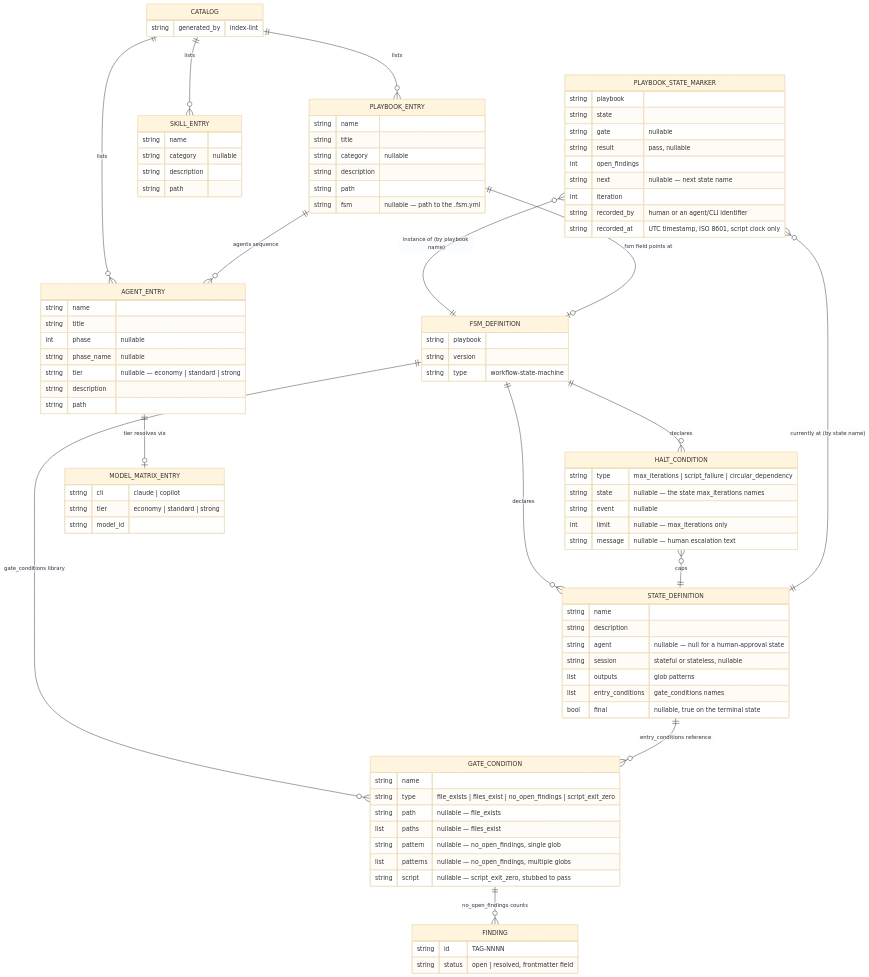
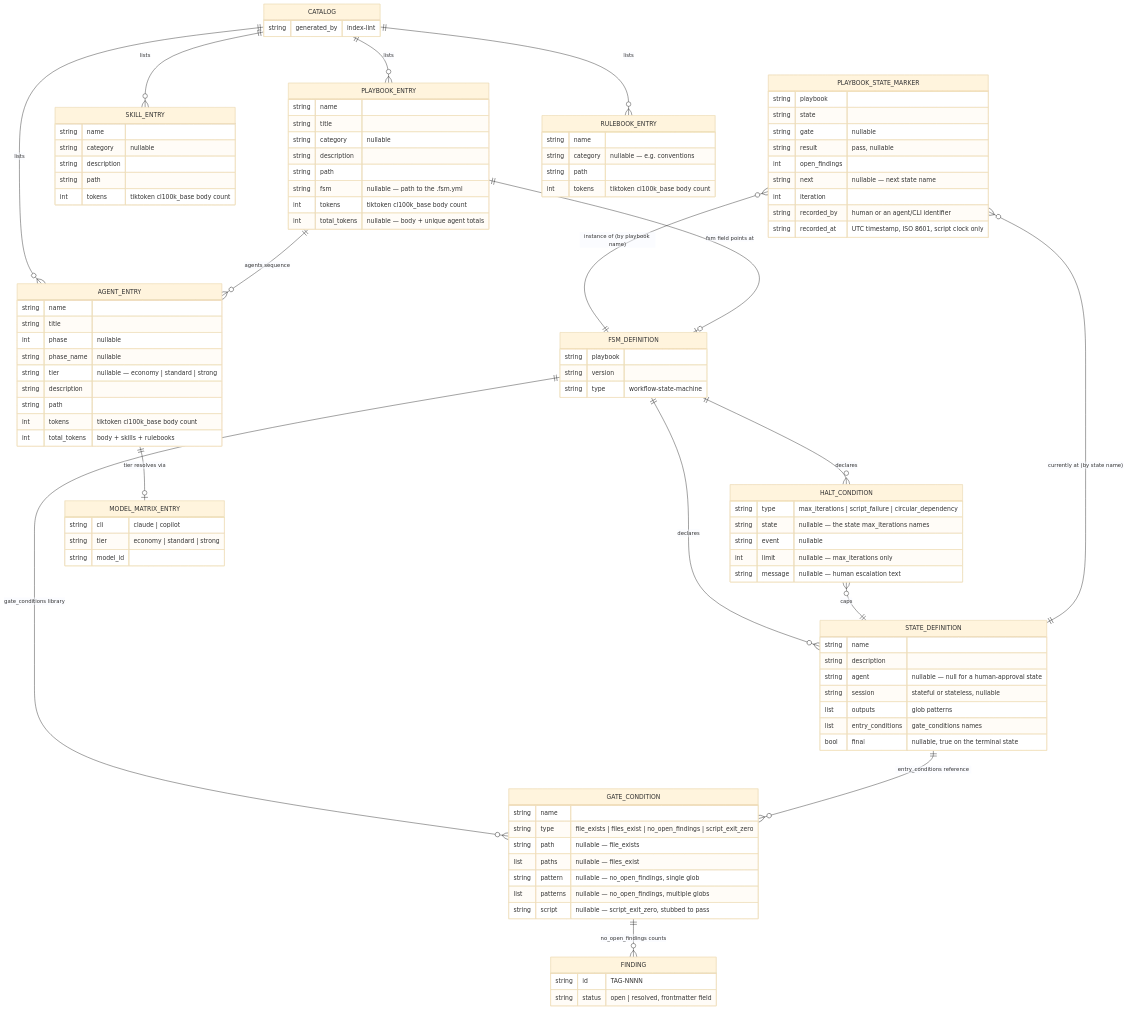
One commit to matthiasdaues/agent_factory changed the diagram in docs/spec/supplementary_specs/entity-model.md. Above: the diagram before and after it, drawn with Mermaid (base theme). The commit also changed other lines of this file and 10 other files, not shown here.

First line of the commit message:
docs: reconcile spec and architecture with token budget feature

```diff
--- a/docs/spec/supplementary_specs/entity-model.md
+++ b/docs/spec/supplementary_specs/entity-model.md
@@ -15,6 +15,7 @@
     CATALOG ||--o{ AGENT_ENTRY : lists
     CATALOG ||--o{ SKILL_ENTRY : lists
     CATALOG ||--o{ PLAYBOOK_ENTRY : lists
+    CATALOG ||--o{ RULEBOOK_ENTRY : lists
     PLAYBOOK_ENTRY ||--o| FSM_DEFINITION : "fsm field points at"
     PLAYBOOK_ENTRY ||--o{ AGENT_ENTRY : "agents sequence"
     AGENT_ENTRY ||--o| MODEL_MATRIX_ENTRY : "tier resolves via"
@@ -75,12 +76,15 @@
         string tier "nullable — economy | standard | strong"
         string description
         string path
+        int    tokens "tiktoken cl100k_base body count"
+        int    total_tokens "body + skills + rulebooks"
     }
     SKILL_ENTRY {
         string name
         string category "nullable"
         string description
         string path
+        int    tokens "tiktoken cl100k_base body count"
     }
     PLAYBOOK_ENTRY {
         string name
@@ -89,6 +93,14 @@
         string description
         string path
         string fsm "nullable — path to the .fsm.yml"
+        int    tokens "tiktoken cl100k_base body count"
+        int    total_tokens "nullable — body + unique agent totals"
+    }
+    RULEBOOK_ENTRY {
+        string name
+        string category "nullable — e.g. conventions"
+        string path
+        int    tokens "tiktoken cl100k_base body count"
     }
     MODEL_MATRIX_ENTRY {
         string cli "claude | copilot"
```
